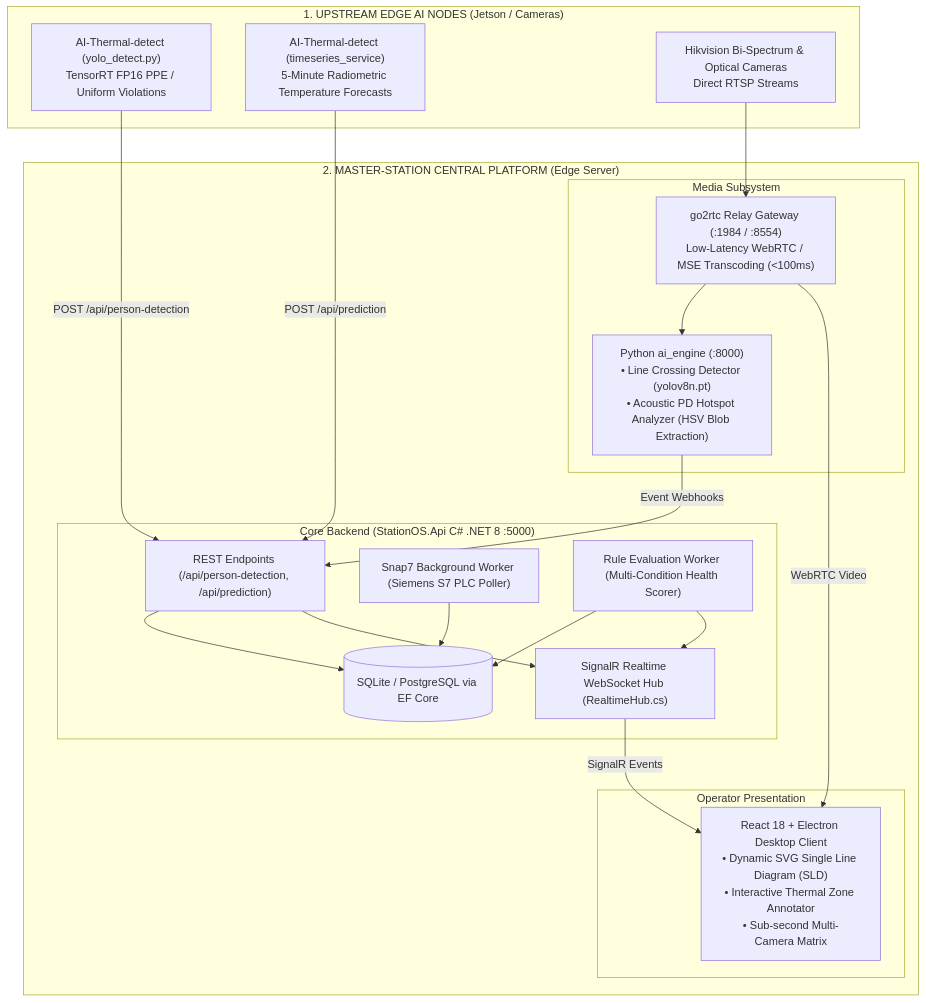
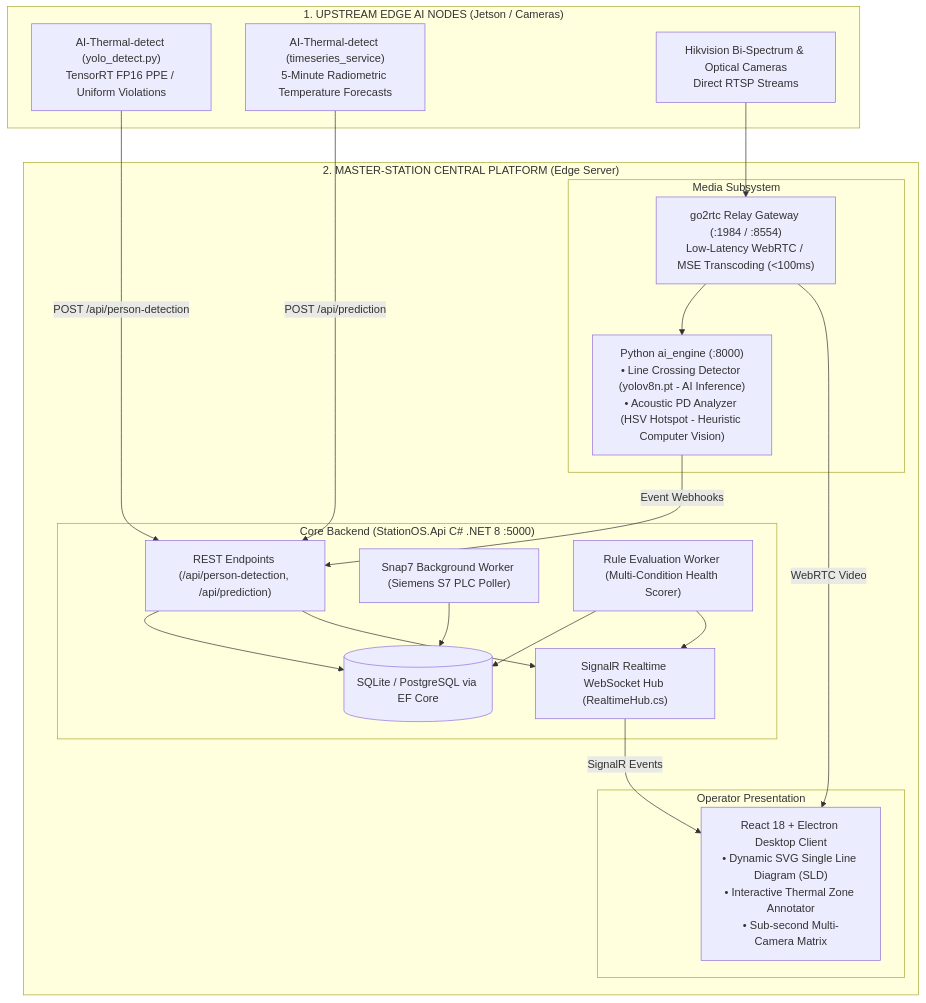
One commit to neitpm/Master-Station changed the diagram in README.md. Above: the diagram before and after it, drawn with Mermaid. The commit also changed other lines of this file and 4 other files, not shown here.

Commit message:
docs: add 3D volumetric architecture diagrams for StationOS and ai_engine

````diff
--- a/README.md
+++ b/README.md
@@ -28,41 +28,41 @@
 ```mermaid
 flowchart TD
     subgraph Edge_AI_Nodes["1. UPSTREAM EDGE AI NODES (Jetson / Cameras)"]
         JETSON_DET["AI-Thermal-detect (yolo_detect.py)<br/>TensorRT FP16 PPE / Uniform Violations"]
         JETSON_FC["AI-Thermal-detect (timeseries_service)<br/>5-Minute Radiometric Temperature Forecasts"]
         RTSP_CAMS["Hikvision Bi-Spectrum & Optical Cameras<br/>Direct RTSP Streams"]
     end
 
     subgraph StationOS_Host["2. MASTER-STATION CENTRAL PLATFORM (Edge Server)"]
         subgraph Media_Relay["Media Subsystem"]
             GO2RTC["go2rtc Relay Gateway (:1984 / :8554)<br/>Low-Latency WebRTC / MSE Transcoding (<100ms)"]
-            AI_ENG["Python ai_engine (:8000)<br/>• Line Crossing Detector (yolov8n.pt)<br/>• Acoustic PD Hotspot Analyzer (HSV Blob Extraction)"]
+            AI_ENG["Python ai_engine (:8000)<br/>• Line Crossing Detector (yolov8n.pt - AI Inference)<br/>• Acoustic PD Analyzer (HSV Hotspot - Heuristic Computer Vision)"]
         end
 
         subgraph Core_Backend["Core Backend (StationOS.Api C# .NET 8 :5000)"]
             REST["REST Endpoints (/api/person-detection, /api/prediction)"]
             HUB["SignalR Realtime WebSocket Hub (RealtimeHub.cs)"]
             SNAP7["Snap7 Background Worker (Siemens S7 PLC Poller)"]
             RULE["Rule Evaluation Worker (Multi-Condition Health Scorer)"]
             DB[(SQLite / PostgreSQL via EF Core)]
         end
 
         subgraph Client_Layer["Operator Presentation"]
             HMI["React 18 + Electron Desktop Client<br/>• Dynamic SVG Single Line Diagram (SLD)<br/>• Interactive Thermal Zone Annotator<br/>• Sub-second Multi-Camera Matrix"]
         end
     end
 
     JETSON_DET -->|"POST /api/person-detection"| REST
     JETSON_FC -->|"POST /api/prediction"| REST
     RTSP_CAMS --> GO2RTC
     GO2RTC --> AI_ENG
     AI_ENG -->|"Event Webhooks"| REST
 
     REST --> DB
     SNAP7 --> DB
     RULE --> DB
     RULE --> HUB
     REST --> HUB
     GO2RTC -->|"WebRTC Video"| HMI
     HUB -->|"SignalR Events"| HMI
 ```
````
